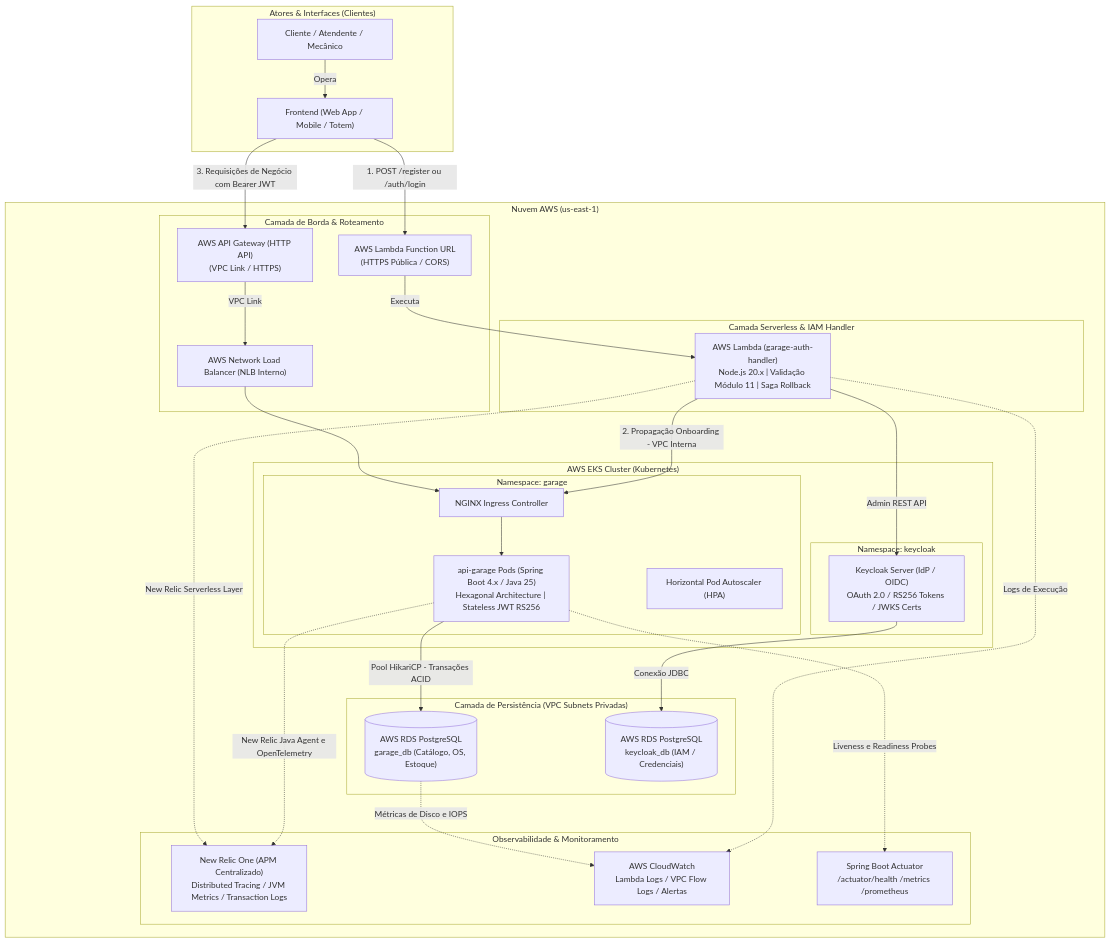
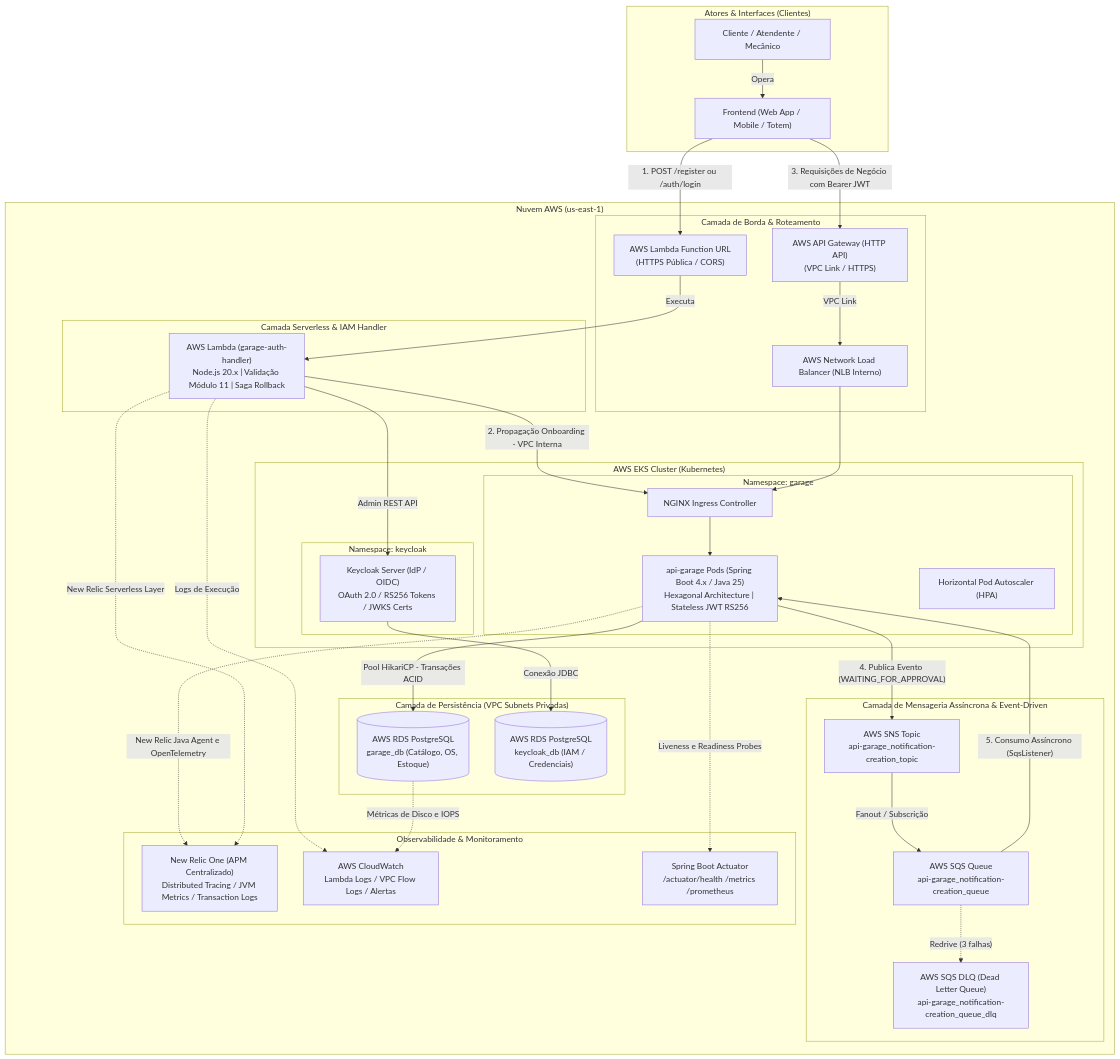
Before and after one commit to rodsordi/15-soat-tech-challenge-garage: the first of 2 diagrams in README.md, drawn with Mermaid. The commit also changed other lines of this file and 7 other files, not shown here.

Commit message:
feat(messaging): add resilient sns publisher, e2e context setup and architecture diagrams

````diff
--- a/README.md
+++ b/README.md
@@ -37,62 +37,73 @@
 ```mermaid
 flowchart TB
     subgraph Clients ["Atores & Interfaces (Clientes)"]
         User["Cliente / Atendente / Mecânico"]
         Front["Frontend (Web App / Mobile / Totem)"]
         User -->|"Opera"| Front
     end
 
     subgraph AWS ["Nuvem AWS (us-east-1)"]
         subgraph Edge ["Camada de Borda & Roteamento"]
             LambdaURL["AWS Lambda Function URL<br/>(HTTPS Pública / CORS)"]
             APIGW["AWS API Gateway (HTTP API)<br/>(VPC Link / HTTPS)"]
             NLB["AWS Network Load Balancer (NLB Interno)"]
         end
 
         subgraph Serverless ["Camada Serverless & IAM Handler"]
             LambdaAuth["AWS Lambda (garage-auth-handler)<br/>Node.js 20.x | Validação Módulo 11 | Saga Rollback"]
         end
 
         subgraph EKS ["AWS EKS Cluster (Kubernetes)"]
             subgraph NS_Garage ["Namespace: garage"]
                 Ingress["NGINX Ingress Controller"]
                 APIGarage["api-garage Pods (Spring Boot 4.x / Java 25)<br/>Hexagonal Architecture | Stateless JWT RS256"]
                 HPA["Horizontal Pod Autoscaler (HPA)"]
             end
 
             subgraph NS_IAM ["Namespace: keycloak"]
                 KeycloakApp["Keycloak Server (IdP / OIDC)<br/>OAuth 2.0 / RS256 Tokens / JWKS Certs"]
             end
         end
 
         subgraph Database ["Camada de Persistência (VPC Subnets Privadas)"]
             RDSGarage[("AWS RDS PostgreSQL<br/>garage_db (Catálogo, OS, Estoque)")]
             RDSKeycloak[("AWS RDS PostgreSQL<br/>keycloak_db (IAM / Credenciais)")]
         end
 
+        subgraph Messaging ["Camada de Mensageria Assíncrona & Event-Driven"]
+            SNSTopic["AWS SNS Topic<br/>api-garage_notification-creation_topic"]
+            SQSQueue["AWS SQS Queue<br/>api-garage_notification-creation_queue"]
+            SQSDLQ["AWS SQS DLQ (Dead Letter Queue)<br/>api-garage_notification-creation_queue_dlq"]
+        end
+
         subgraph Observability ["Observabilidade & Monitoramento"]
             NewRelic["New Relic One (APM Centralizado)<br/>Distributed Tracing / JVM Metrics / Transaction Logs"]
             CloudWatch["AWS CloudWatch<br/>Lambda Logs / VPC Flow Logs / Alertas"]
             Actuator["Spring Boot Actuator<br/>/actuator/health /metrics /prometheus"]
         end
     end
 
     Front -->|"1. POST /register ou /auth/login"| LambdaURL
     LambdaURL -->|"Executa"| LambdaAuth
     LambdaAuth -->|"Admin REST API"| KeycloakApp
     LambdaAuth -->|"2. Propagação Onboarding - VPC Interna"| Ingress
 
     Front -->|"3. Requisições de Negócio com Bearer JWT"| APIGW
     APIGW -->|"VPC Link"| NLB
     NLB --> Ingress
     Ingress --> APIGarage
 
     APIGarage -->|"Pool HikariCP - Transações ACID"| RDSGarage
     KeycloakApp -->|"Conexão JDBC"| RDSKeycloak
 
+    APIGarage -->|"4. Publica Evento (WAITING_FOR_APPROVAL)"| SNSTopic
+    SNSTopic -->|"Fanout / Subscrição"| SQSQueue
+    SQSQueue -->|"5. Consumo Assíncrono (SqsListener)"| APIGarage
+    SQSQueue -.->|"Redrive (3 falhas)"| SQSDLQ
+
     APIGarage -.->|"Liveness e Readiness Probes"| Actuator
     APIGarage -.->|"New Relic Java Agent e OpenTelemetry"| NewRelic
     LambdaAuth -.->|"New Relic Serverless Layer"| NewRelic
     LambdaAuth -.->|"Logs de Execução"| CloudWatch
     RDSGarage -.->|"Métricas de Disco e IOPS"| CloudWatch
 ```
````
